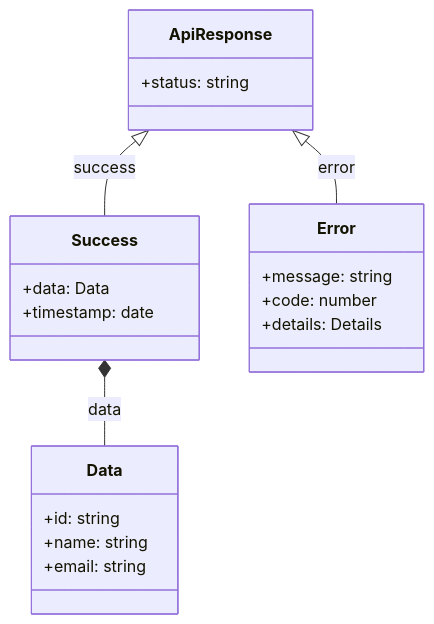
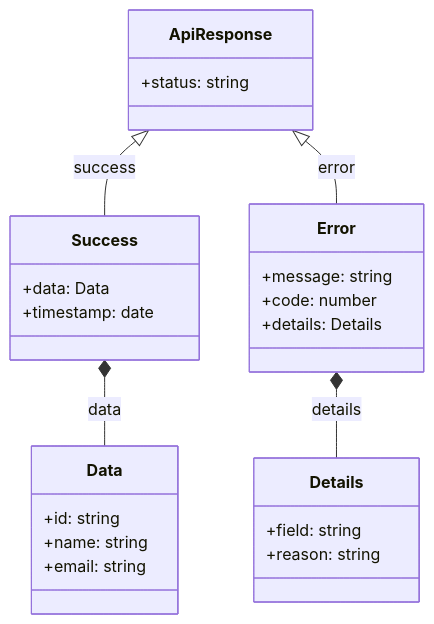
The ninth of 19 diagrams in examples/mermaid-examples.md (kothar/zod-mermaid), drawn with Mermaid before and after one commit. The commit also changed other lines of this file and 21 other files, not shown here.

Commit message:
fix: correct Mermaid syntax and expand Zod type support (#5)

````diff
--- a/examples/mermaid-examples.md
+++ b/examples/mermaid-examples.md
@@ -274,23 +279,28 @@
 ```mermaid
 classDiagram
     class ApiResponse {
         +status: string
     }
     class Success {
         +data: Data
         +timestamp: date
     }
     class Data {
         +id: string
         +name: string
         +email: string
     }
     class Error {
         +message: string
         +code: number
         +details: Details
     }
-    Success *-- Data : data
+    class Details {
+        +field: string
+        +reason: string
+    }
     ApiResponse <|-- Success : success
     ApiResponse <|-- Error : error
+    Success *-- Data : data
+    Error *-- Details : details
 ```
````
